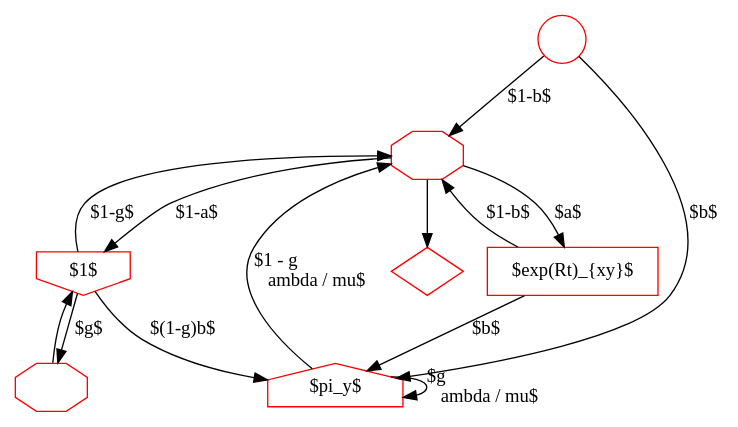
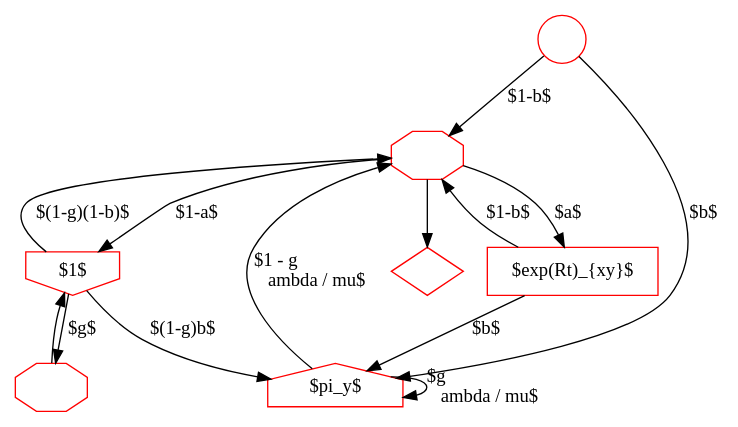
One commit to ihh/transducer-tutorial changed the diagram in protpal.dot. Above: the diagram before and after it, drawn with Graphviz.

Commit message:
Fixed transition weight in protpal transducer

```diff
--- a/protpal.dot
+++ b/protpal.dot
@@ -1,33 +1,33 @@
 digraph G {
 
     S [label="", shape=circle, color=red];
     E [label="", shape=diamond, color=red];
 
     W [label="", shape=octagon, color=red];
     X [label="", shape=octagon, color=red];
 
     I [label="$\pi_y$", shape=house, color=red];
     M [label="$\exp(Rt)_{xy}$", shape=rect, color=red];
     D [label="$1$", shape=invhouse, color=red];
 
 S->I [label="$b$"];
 S->W [label="$1-b$"];
 
 M->I [label="$b$"];
 M->W [label="$1-b$"];
 
 D->I [label="$(1-g)b$"];
-D->W [label="$1-g$"];
+D->W [label="$(1-g)(1-b)$"];
 D->X [label="$g$"];
 
 I->I [label="$g \lambda / \mu$"];
 I->W [label="$1 - g \lambda / \mu$"];
 
 W->E;
 W->M [label="$a$"];
 W->D [label="$1-a$"];
 
 X->D;
 
 
 }
```
